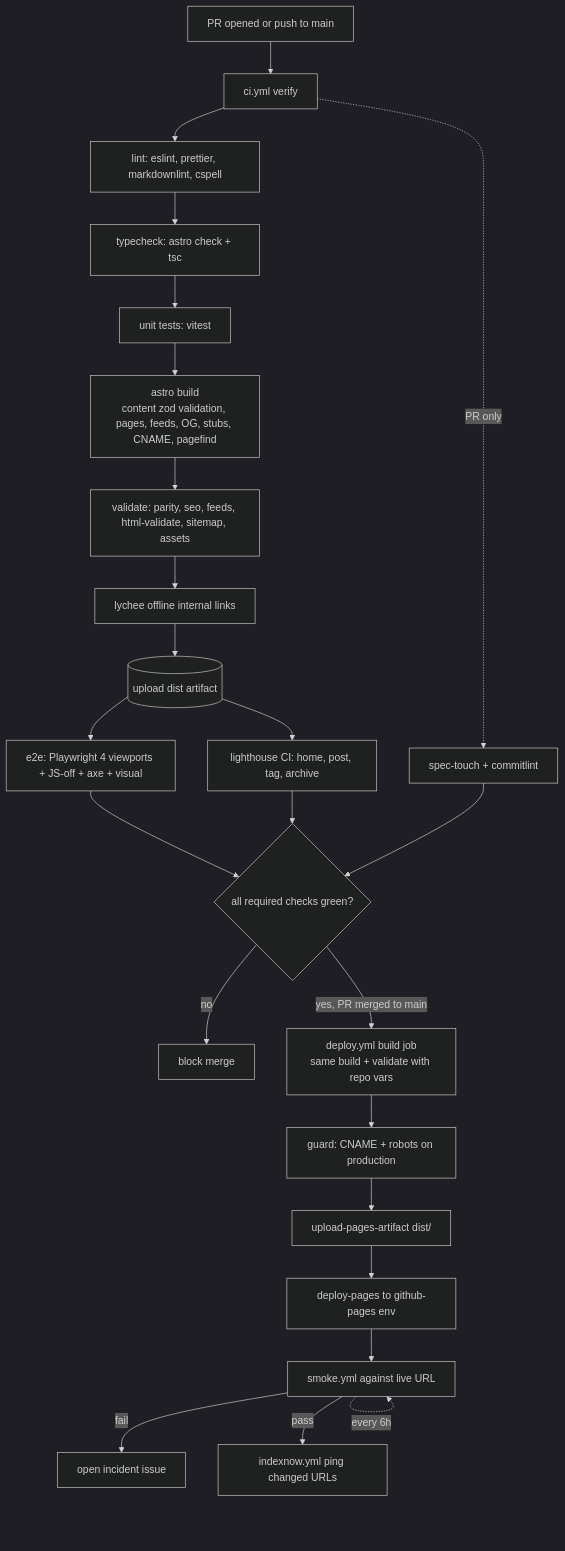
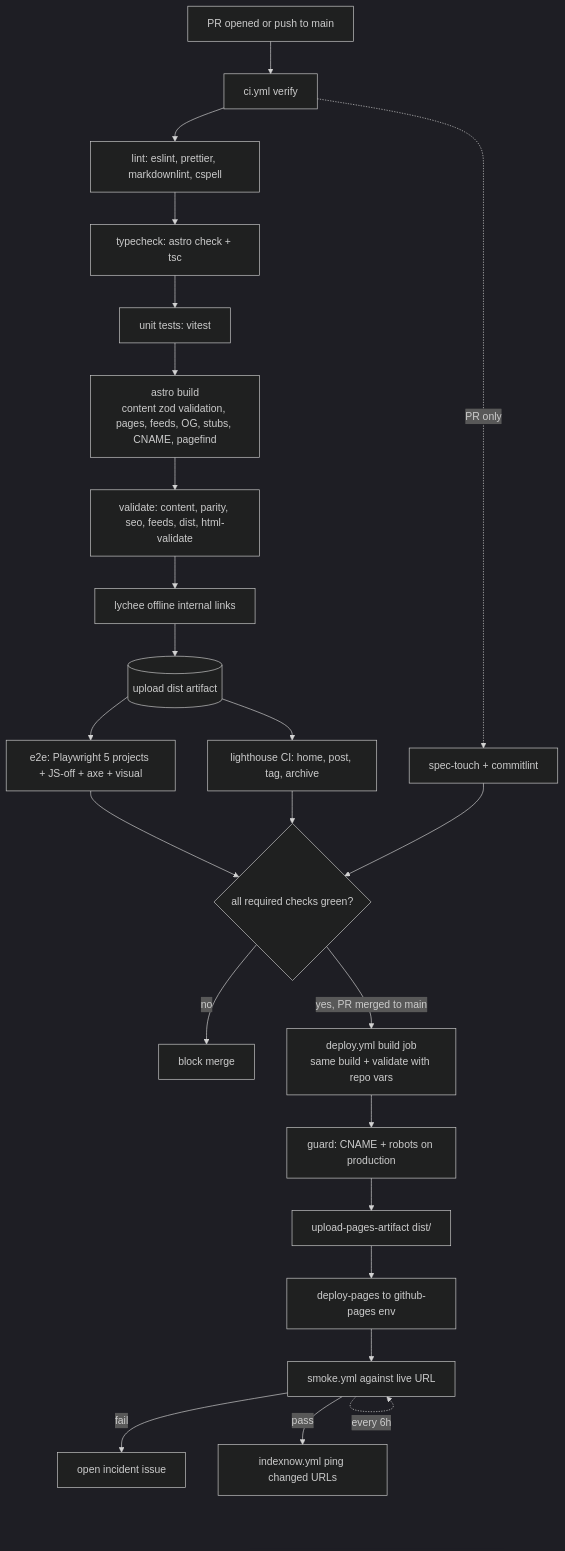
Before and after one commit to mohnishbasha/serverless-fyi: the diagram in docs/ARCHITECTURE.md, drawn with Mermaid (dark theme). The commit also changed other lines of this file and 13 other files, not shown here.

````diff
--- a/docs/ARCHITECTURE.md
+++ b/docs/ARCHITECTURE.md
@@ -137,26 +143,26 @@
 ```mermaid
 flowchart TD
     A[PR opened or push to main] --> B[ci.yml verify]
     B --> B1[lint: eslint, prettier, markdownlint, cspell]
     B1 --> B2[typecheck: astro check + tsc]
     B2 --> B3[unit tests: vitest]
     B3 --> B4[astro build<br/>content zod validation, pages, feeds, OG, stubs, CNAME, pagefind]
-    B4 --> B5[validate: parity, seo, feeds, html-validate, sitemap, assets]
+    B4 --> B5[validate: content, parity, seo, feeds, dist, html-validate]
     B5 --> B6[lychee offline internal links]
     B6 --> B7[(upload dist artifact)]
-    B7 --> C[e2e: Playwright 4 viewports + JS-off + axe + visual]
+    B7 --> C[e2e: Playwright 5 projects + JS-off + axe + visual]
     B7 --> D[lighthouse CI: home, post, tag, archive]
     B -.PR only.-> E[spec-touch + commitlint]
     C --> F{all required checks green?}
     D --> F
     E --> F
     F -- no --> X[block merge]
     F -- yes, PR merged to main --> G[deploy.yml build job<br/>same build + validate with repo vars]
     G --> H[guard: CNAME + robots on production]
     H --> I[upload-pages-artifact dist/]
     I --> J[deploy-pages to github-pages env]
     J --> K[smoke.yml against live URL]
     K -- fail --> L[open incident issue]
     K -- pass --> M[indexnow.yml ping changed URLs]
     K -. every 6h .-> K
 ```
````
